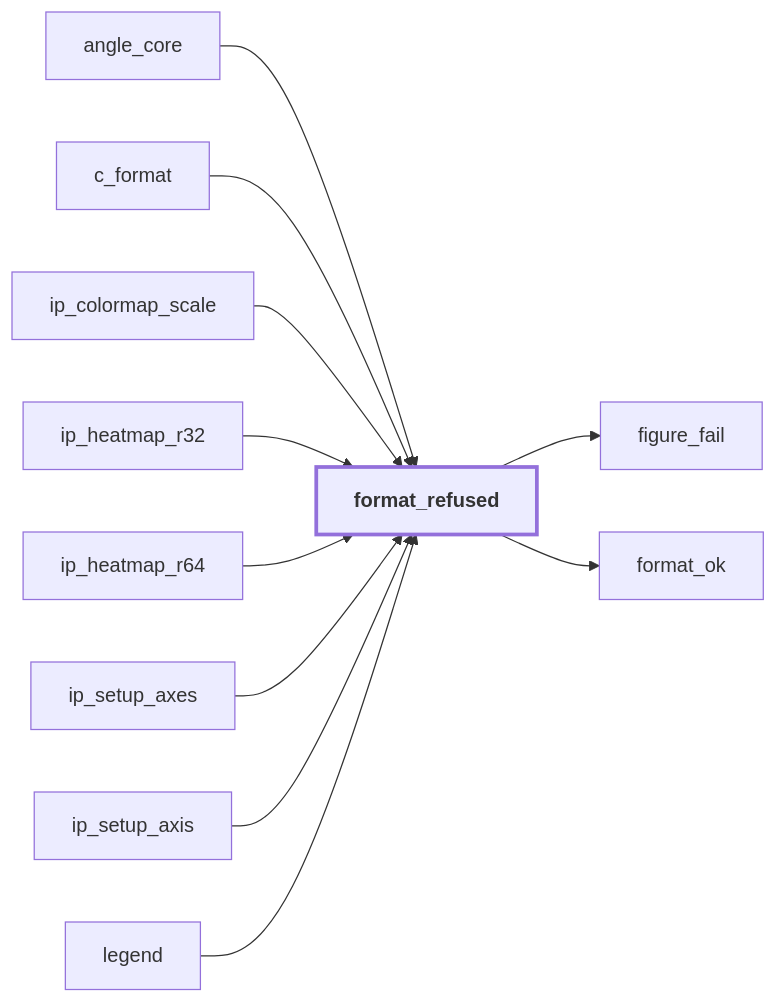
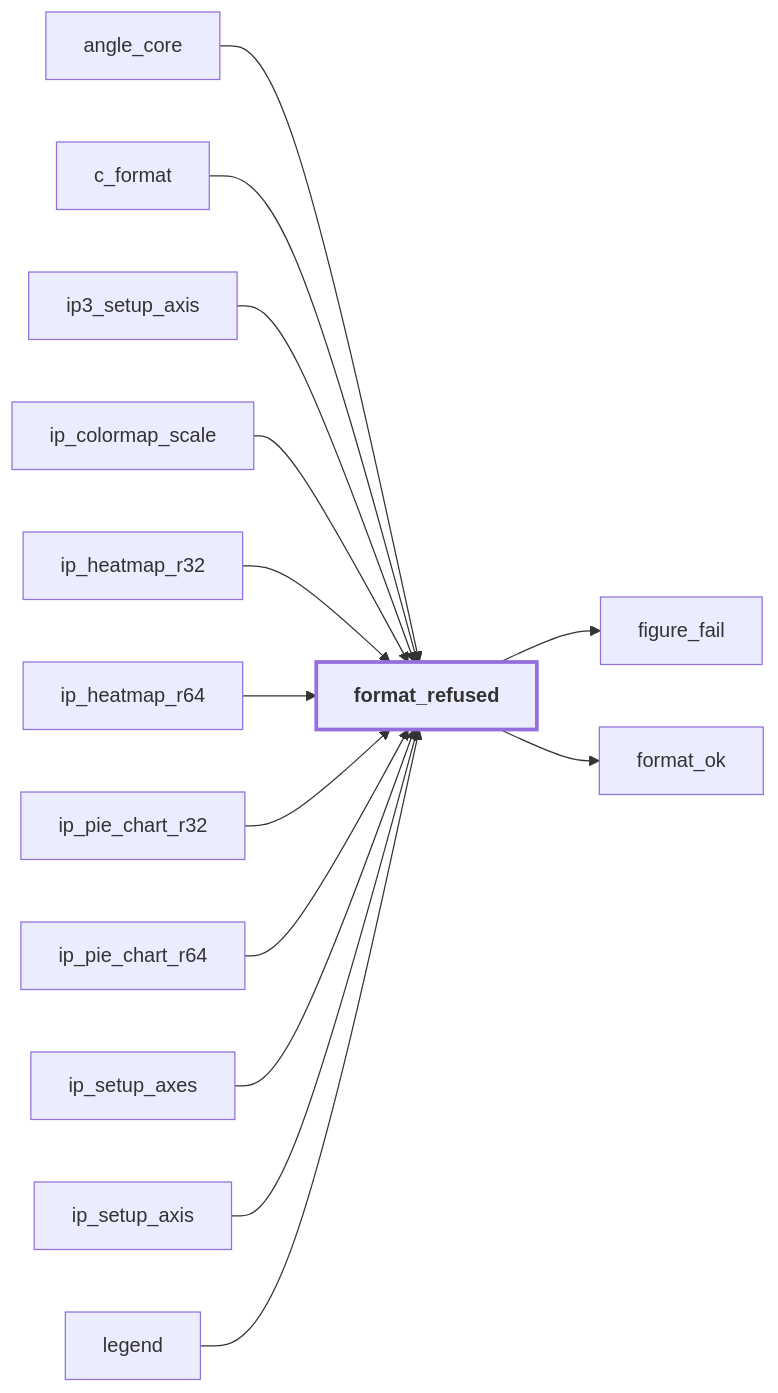
Diagram 12 of 13 in docs/api/src/lib/figure_base.md (szaghi/figure), drawn with Mermaid before and after one commit. The commit also changed other lines of this file and 36 other files, not shown here.

````diff
--- a/docs/api/src/lib/figure_base.md
+++ b/docs/api/src/lib/figure_base.md
@@ -2188,25 +2250,31 @@
 ```mermaid
 flowchart LR
   angle_core["angle_core"] --> format_refused["format_refused"]
   c_format["c_format"] --> format_refused["format_refused"]
+  ip3_setup_axis["ip3_setup_axis"] --> format_refused["format_refused"]
   ip_colormap_scale["ip_colormap_scale"] --> format_refused["format_refused"]
   ip_heatmap_r32["ip_heatmap_r32"] --> format_refused["format_refused"]
   ip_heatmap_r64["ip_heatmap_r64"] --> format_refused["format_refused"]
+  ip_pie_chart_r32["ip_pie_chart_r32"] --> format_refused["format_refused"]
+  ip_pie_chart_r64["ip_pie_chart_r64"] --> format_refused["format_refused"]
   ip_setup_axes["ip_setup_axes"] --> format_refused["format_refused"]
   ip_setup_axis["ip_setup_axis"] --> format_refused["format_refused"]
   legend["legend"] --> format_refused["format_refused"]
   format_refused["format_refused"] --> figure_fail["figure_fail"]
   format_refused["format_refused"] --> format_ok["format_ok"]
   classDef focus stroke-width:3px,font-weight:bold
   class format_refused focus
   click angle_core href "figure_numbers.html#angle-core" "angle_core"
   click c_format href "figure_numbers.html#c-format" "c_format"
+  click ip3_setup_axis href "figure_implot3d.html#ip3-setup-axis" "ip3_setup_axis"
   click ip_colormap_scale href "figure_implot.html#ip-colormap-scale" "ip_colormap_scale"
   click ip_heatmap_r32 href "figure_implot.html#ip-heatmap-r32" "ip_heatmap_r32"
   click ip_heatmap_r64 href "figure_implot.html#ip-heatmap-r64" "ip_heatmap_r64"
+  click ip_pie_chart_r32 href "figure_implot.html#ip-pie-chart-r32" "ip_pie_chart_r32"
+  click ip_pie_chart_r64 href "figure_implot.html#ip-pie-chart-r64" "ip_pie_chart_r64"
   click ip_setup_axes href "figure_implot.html#ip-setup-axes" "ip_setup_axes"
   click ip_setup_axis href "figure_implot.html#ip-setup-axis" "ip_setup_axis"
   click legend href "figure_implot.html#legend" "legend"
   click format_ok href "#format-ok" "format_ok"
   click figure_fail href "#figure-fail" "figure_fail"
 ```
````
